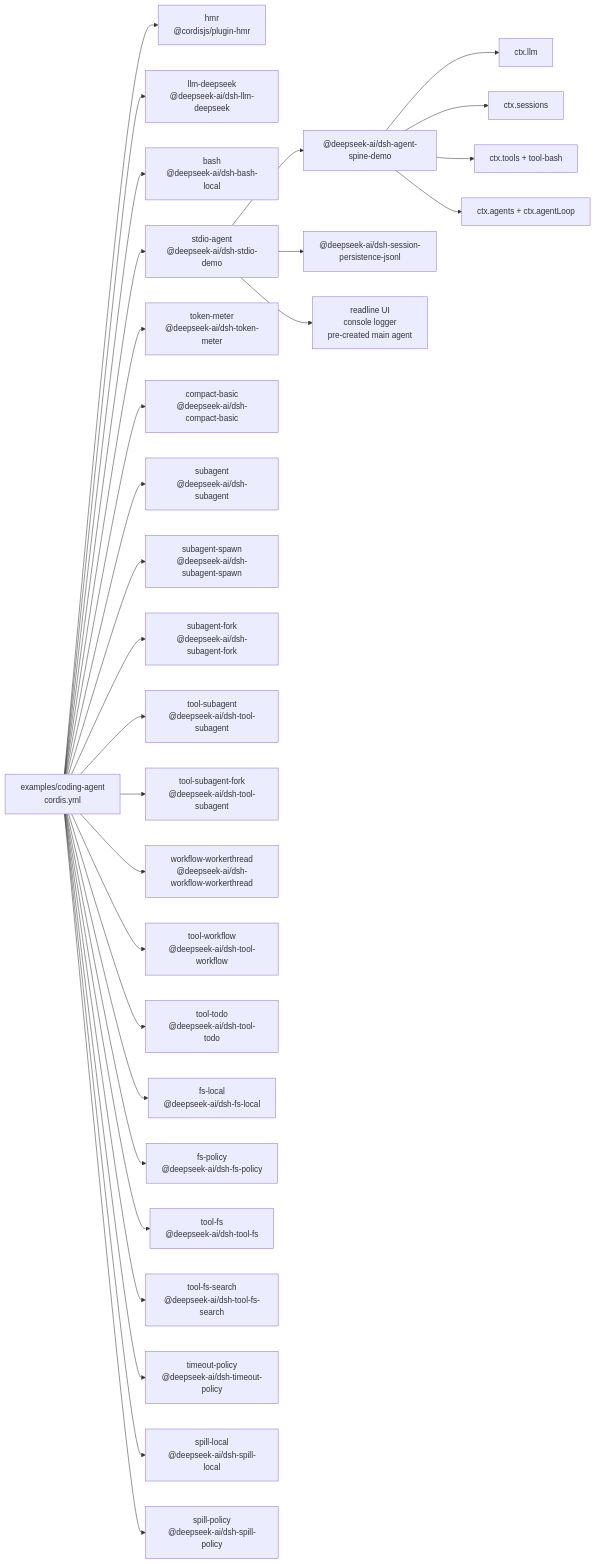
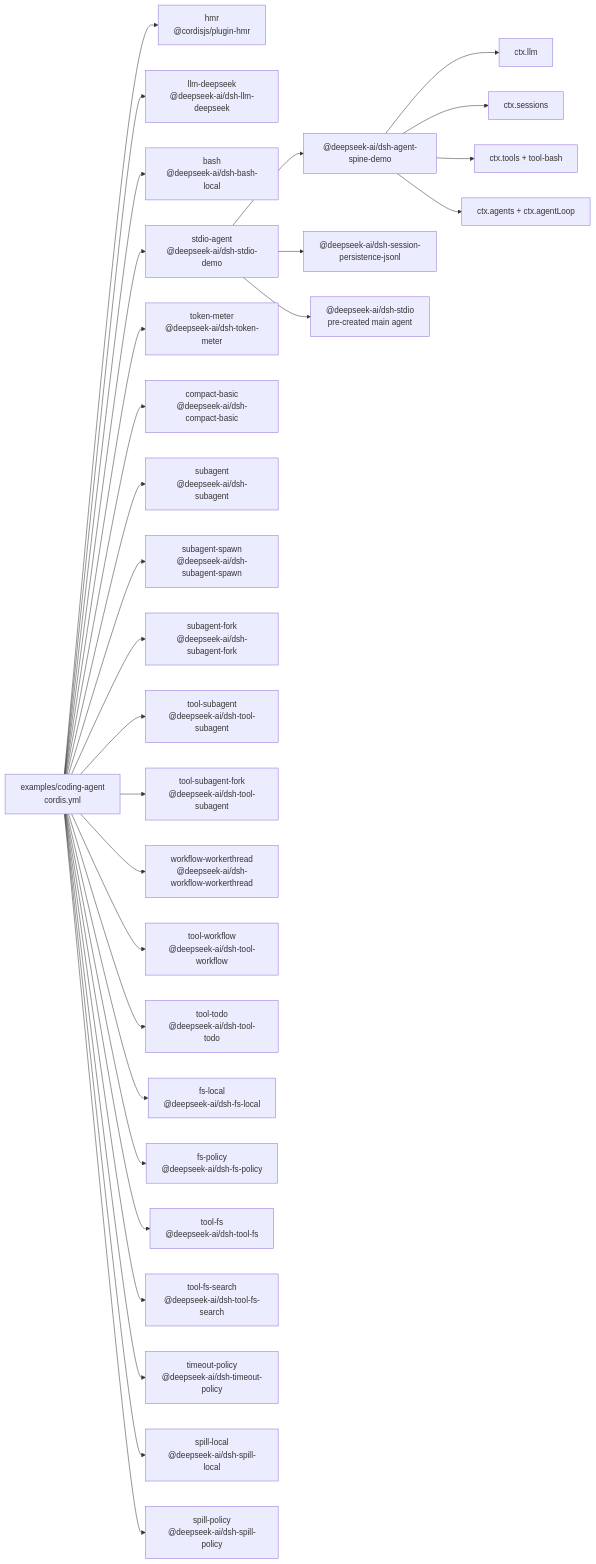
One commit to eru123/coco-harness changed the diagram in examples/coding-agent/composition.md. Above: the diagram before and after it, drawn with Mermaid. The commit also changed other lines of this file and 106 other files, not shown here.

````diff
--- a/examples/coding-agent/composition.md
+++ b/examples/coding-agent/composition.md
@@ -8,53 +8,53 @@
 ```mermaid
 flowchart LR
   cfg["examples/coding-agent<br/>cordis.yml"]
   plugin_coding_hmr["hmr<br/>@cordisjs/plugin-hmr"]
   cfg --> plugin_coding_hmr
   plugin_coding_llm_deepseek["llm-deepseek<br/>@deepseek-ai/dsh-llm-deepseek"]
   cfg --> plugin_coding_llm_deepseek
   plugin_coding_bash["bash<br/>@deepseek-ai/dsh-bash-local"]
   cfg --> plugin_coding_bash
   plugin_coding_stdio_agent["stdio-agent<br/>@deepseek-ai/dsh-stdio-demo"]
   cfg --> plugin_coding_stdio_agent
   plugin_coding_stdio_agent --> bundle_agent_core["@deepseek-ai/dsh-agent-spine-demo"]
   plugin_coding_stdio_agent --> bundle_jsonl["@deepseek-ai/dsh-session-persistence-jsonl"]
-  plugin_coding_stdio_agent --> frontdoor_stdio["readline UI<br/>console logger<br/>pre-created main agent"]
+  plugin_coding_stdio_agent --> frontdoor_stdio["@deepseek-ai/dsh-stdio<br/>pre-created main agent"]
   bundle_agent_core --> spine_llm["ctx.llm"]
   bundle_agent_core --> spine_sessions["ctx.sessions"]
   bundle_agent_core --> spine_tools["ctx.tools + tool-bash"]
   bundle_agent_core --> spine_loop["ctx.agents + ctx.agentLoop"]
   plugin_coding_token_meter["token-meter<br/>@deepseek-ai/dsh-token-meter"]
   cfg --> plugin_coding_token_meter
   plugin_coding_compact_basic["compact-basic<br/>@deepseek-ai/dsh-compact-basic"]
   cfg --> plugin_coding_compact_basic
   plugin_coding_subagent["subagent<br/>@deepseek-ai/dsh-subagent"]
   cfg --> plugin_coding_subagent
   plugin_coding_subagent_spawn["subagent-spawn<br/>@deepseek-ai/dsh-subagent-spawn"]
   cfg --> plugin_coding_subagent_spawn
   plugin_coding_subagent_fork["subagent-fork<br/>@deepseek-ai/dsh-subagent-fork"]
   cfg --> plugin_coding_subagent_fork
   plugin_coding_tool_subagent["tool-subagent<br/>@deepseek-ai/dsh-tool-subagent"]
   cfg --> plugin_coding_tool_subagent
   plugin_coding_tool_subagent_fork["tool-subagent-fork<br/>@deepseek-ai/dsh-tool-subagent"]
   cfg --> plugin_coding_tool_subagent_fork
   plugin_coding_workflow_workerthread["workflow-workerthread<br/>@deepseek-ai/dsh-workflow-workerthread"]
   cfg --> plugin_coding_workflow_workerthread
   plugin_coding_tool_workflow["tool-workflow<br/>@deepseek-ai/dsh-tool-workflow"]
   cfg --> plugin_coding_tool_workflow
   plugin_coding_tool_todo["tool-todo<br/>@deepseek-ai/dsh-tool-todo"]
   cfg --> plugin_coding_tool_todo
   plugin_coding_fs_local["fs-local<br/>@deepseek-ai/dsh-fs-local"]
   cfg --> plugin_coding_fs_local
   plugin_coding_fs_policy["fs-policy<br/>@deepseek-ai/dsh-fs-policy"]
   cfg --> plugin_coding_fs_policy
   plugin_coding_tool_fs["tool-fs<br/>@deepseek-ai/dsh-tool-fs"]
   cfg --> plugin_coding_tool_fs
   plugin_coding_tool_fs_search["tool-fs-search<br/>@deepseek-ai/dsh-tool-fs-search"]
   cfg --> plugin_coding_tool_fs_search
   plugin_coding_timeout_policy["timeout-policy<br/>@deepseek-ai/dsh-timeout-policy"]
   cfg --> plugin_coding_timeout_policy
   plugin_coding_spill_local["spill-local<br/>@deepseek-ai/dsh-spill-local"]
   cfg --> plugin_coding_spill_local
   plugin_coding_spill_policy["spill-policy<br/>@deepseek-ai/dsh-spill-policy"]
   cfg --> plugin_coding_spill_policy
 ```
````
